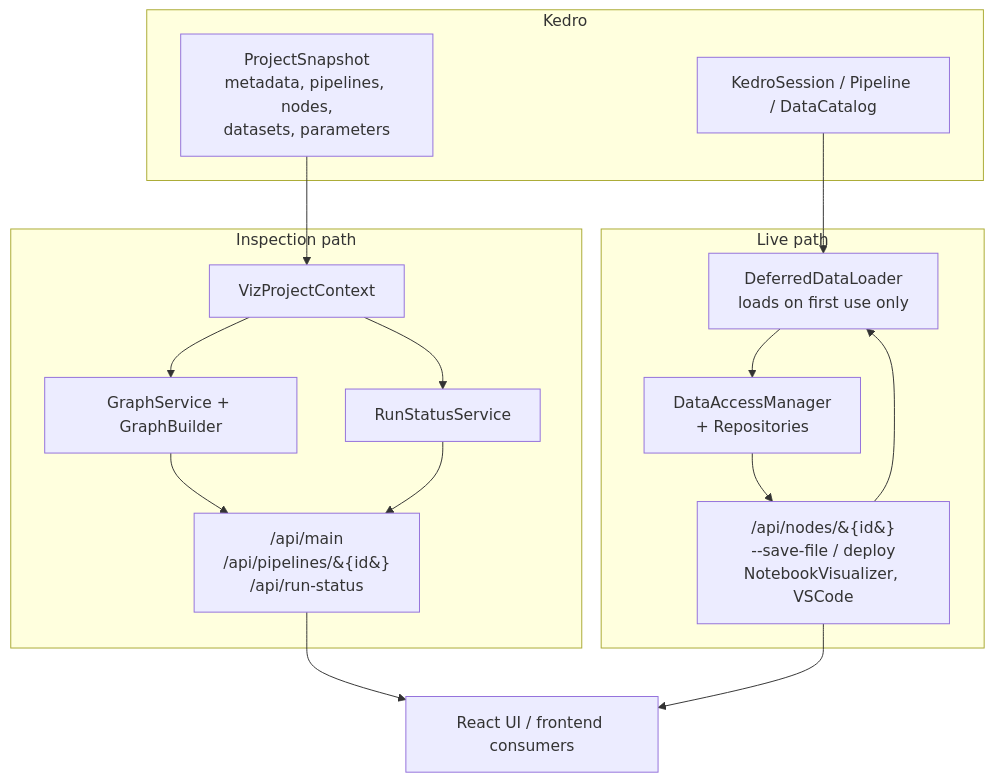
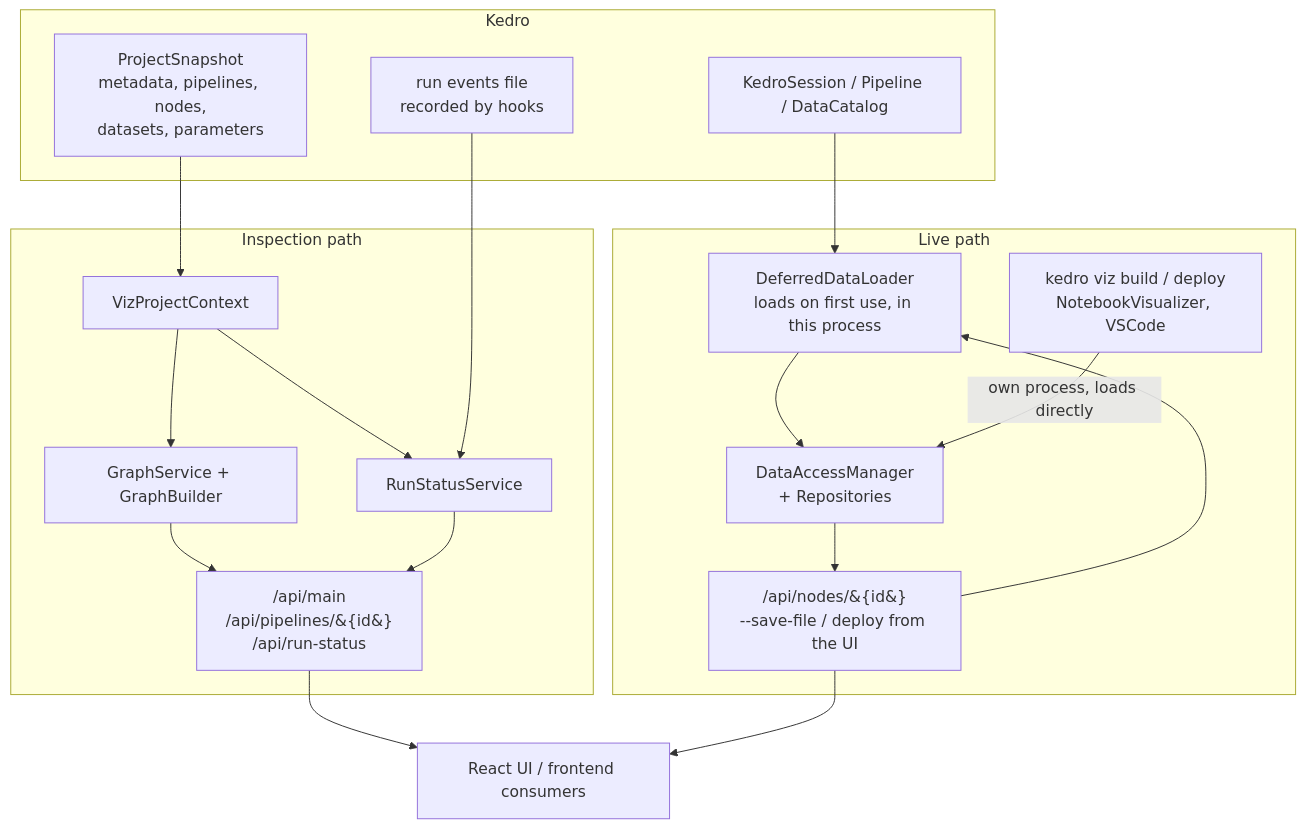
The diagram in ARCHITECTURE.md (kedro-org/kedro-viz), drawn with Mermaid before and after one commit. The commit also changed other lines of this file and 1 other file, not shown here.

Commit message:
address PR comments

````diff
--- a/ARCHITECTURE.md
+++ b/ARCHITECTURE.md
@@ -166,35 +168,40 @@
 ```mermaid
 flowchart TB
     subgraph Kedro["Kedro"]
         Snapshot["ProjectSnapshot<br/>metadata, pipelines, nodes,<br/>datasets, parameters"]
+        RunEvents["run events file<br/>recorded by hooks"]
         Session["KedroSession / Pipeline / DataCatalog"]
     end
 
     subgraph Inspection["Inspection path"]
         Context["VizProjectContext"]
         GraphSvc["GraphService + GraphBuilder"]
         RunSvc["RunStatusService"]
         NewAPI["/api/main<br/>/api/pipelines/&#123;id&#125;<br/>/api/run-status"]
     end
 
     subgraph Live["Live path"]
-        Deferred["DeferredDataLoader<br/>loads on first use only"]
+        Deferred["DeferredDataLoader<br/>loads on first use, in this process"]
         Manager["DataAccessManager<br/>+ Repositories"]
-        LiveConsumers["/api/nodes/&#123;id&#125;<br/>--save-file / deploy<br/>NotebookVisualizer, VSCode"]
+        DeferredConsumers["/api/nodes/&#123;id&#125;<br/>--save-file / deploy from the UI"]
+        DirectConsumers["kedro viz build / deploy<br/>NotebookVisualizer, VSCode"]
     end
 
     UI["React UI / frontend consumers"]
 
     Snapshot --> Context
     Context --> GraphSvc
     Context --> RunSvc
+    RunEvents --> RunSvc
     GraphSvc --> NewAPI
     RunSvc --> NewAPI
     NewAPI --> UI
 
     Session --> Deferred
-    LiveConsumers --> Deferred
+    DeferredConsumers --> Deferred
     Deferred --> Manager
-    Manager --> LiveConsumers
-    LiveConsumers --> UI
+    Manager --> DeferredConsumers
+    DeferredConsumers --> UI
+
+    DirectConsumers -- "own process, loads directly" --> Manager
 ```
````
